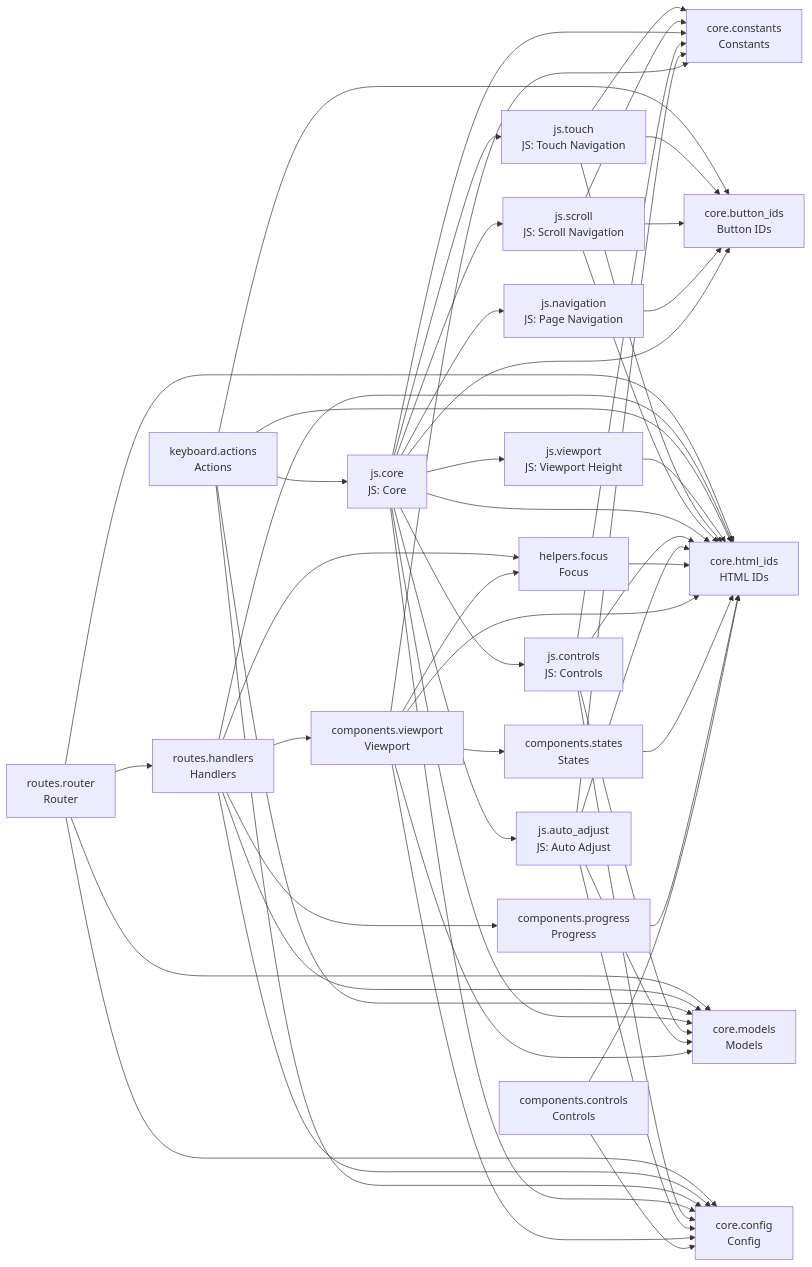
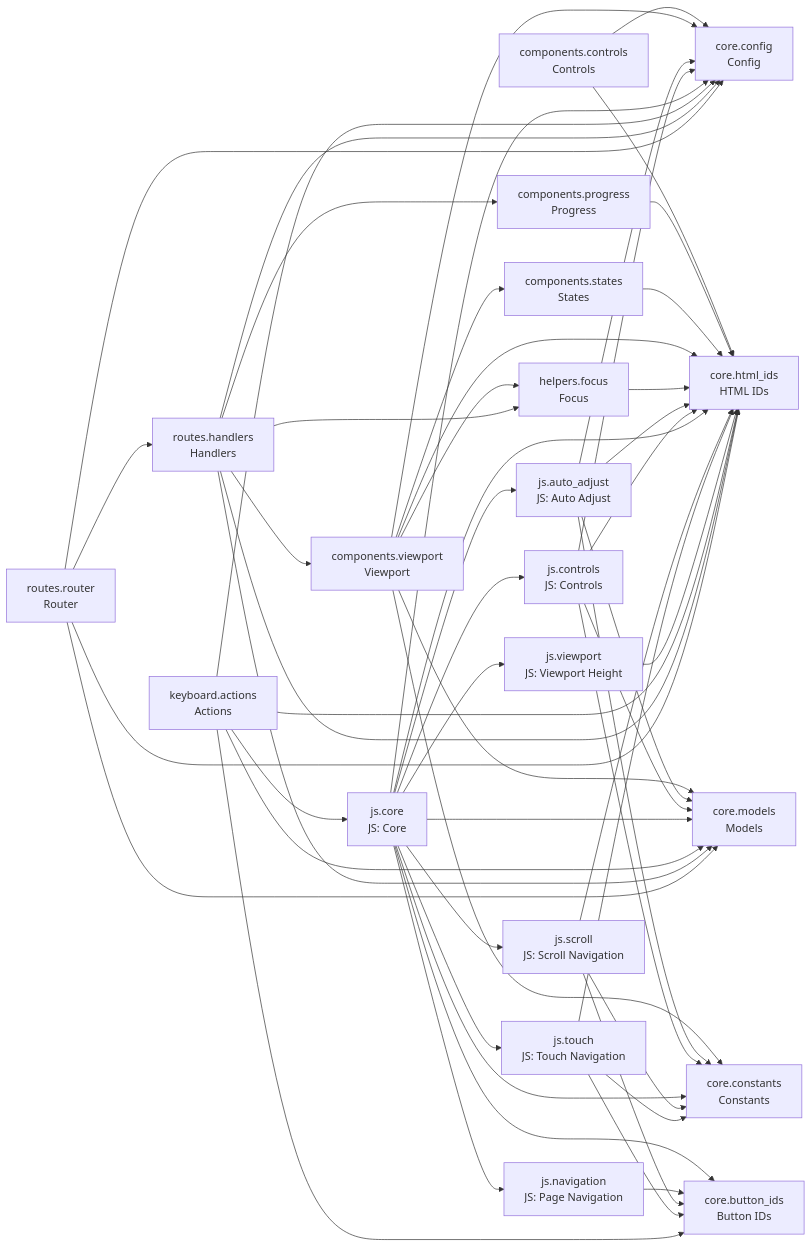
Before and after one commit to cj-mills/cjm-fasthtml-card-stack: the diagram in README.md, drawn with Mermaid. The commit also changed other lines of this file and 3 other files, not shown here.

````diff
--- a/README.md
+++ b/README.md
@@ -46,77 +46,77 @@
 ``` mermaid
 graph LR
     components_controls[components.controls<br/>Controls]
     components_progress[components.progress<br/>Progress]
     components_states[components.states<br/>States]
     components_viewport[components.viewport<br/>Viewport]
     core_button_ids[core.button_ids<br/>Button IDs]
     core_config[core.config<br/>Config]
     core_constants[core.constants<br/>Constants]
     core_html_ids[core.html_ids<br/>HTML IDs]
     core_models[core.models<br/>Models]
     helpers_focus[helpers.focus<br/>Focus]
     js_auto_adjust[js.auto_adjust<br/>JS: Auto Adjust]
     js_controls[js.controls<br/>JS: Controls]
     js_core[js.core<br/>JS: Core]
     js_navigation[js.navigation<br/>JS: Page Navigation]
     js_scroll[js.scroll<br/>JS: Scroll Navigation]
     js_touch[js.touch<br/>JS: Touch Navigation]
     js_viewport[js.viewport<br/>JS: Viewport Height]
     keyboard_actions[keyboard.actions<br/>Actions]
     routes_handlers[routes.handlers<br/>Handlers]
     routes_router[routes.router<br/>Router]
 
+    components_controls --> core_config
     components_controls --> core_html_ids
-    components_controls --> core_config
     components_progress --> core_html_ids
     components_states --> core_html_ids
+    components_viewport --> helpers_focus
+    components_viewport --> core_config
+    components_viewport --> core_models
+    components_viewport --> core_constants
     components_viewport --> components_states
-    components_viewport --> helpers_focus
     components_viewport --> core_html_ids
-    components_viewport --> core_models
-    components_viewport --> core_config
-    components_viewport --> core_constants
     helpers_focus --> core_html_ids
+    js_auto_adjust --> core_config
     js_auto_adjust --> core_html_ids
     js_auto_adjust --> core_constants
     js_auto_adjust --> core_models
-    js_auto_adjust --> core_config
     js_controls --> core_constants
+    js_controls --> core_config
     js_controls --> core_html_ids
     js_controls --> core_models
-    js_controls --> core_config
+    js_core --> core_button_ids
+    js_core --> core_config
+    js_core --> js_controls
+    js_core --> core_constants
+    js_core --> core_models
+    js_core --> js_navigation
     js_core --> js_touch
-    js_core --> core_constants
-    js_core --> js_controls
     js_core --> core_html_ids
     js_core --> js_viewport
-    js_core --> core_models
     js_core --> js_scroll
-    js_core --> core_button_ids
     js_core --> js_auto_adjust
-    js_core --> js_navigation
-    js_core --> core_config
     js_navigation --> core_button_ids
     js_scroll --> core_constants
+    js_scroll --> core_button_ids
     js_scroll --> core_html_ids
-    js_scroll --> core_button_ids
     js_touch --> core_constants
+    js_touch --> core_button_ids
     js_touch --> core_html_ids
-    js_touch --> core_button_ids
     js_viewport --> core_html_ids
-    keyboard_actions --> js_core
-    keyboard_actions --> core_html_ids
-    keyboard_actions --> core_models
     keyboard_actions --> core_button_ids
     keyboard_actions --> core_config
+    keyboard_actions --> js_core
+    keyboard_actions --> core_models
+    keyboard_actions --> core_html_ids
+    routes_handlers --> core_config
+    routes_handlers --> helpers_focus
+    routes_handlers --> core_models
     routes_handlers --> components_viewport
     routes_handlers --> core_html_ids
-    routes_handlers --> core_models
-    routes_handlers --> helpers_focus
-    routes_handlers --> core_config
     routes_handlers --> components_progress
+    routes_router --> core_config
+    routes_router --> routes_handlers
+    routes_router --> core_models
     routes_router --> core_html_ids
-    routes_router --> core_models
-    routes_router --> routes_handlers
-    routes_router --> core_config
 ```
````
